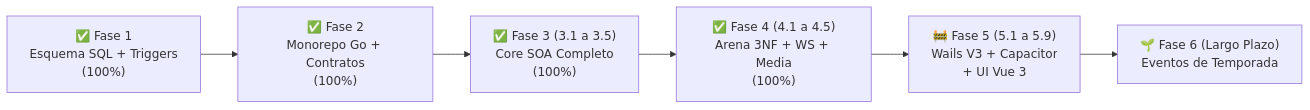
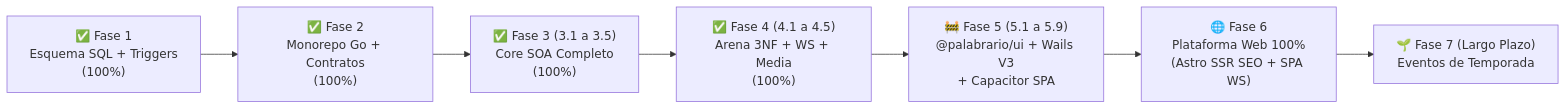
The first of 2 diagrams in .context/PLAN.md (OGShawnLee/palabrario), drawn with Mermaid before and after one commit. The commit also changed other lines of this file and 4 other files, not shown here.

Commit message:
docs(arch): formalize @palabrario/ui monorepo, @bindings alias and Phase 6 web roadmap

````diff
--- a/.context/PLAN.md
+++ b/.context/PLAN.md
@@ -24,8 +25,9 @@
 ```mermaid
 flowchart LR
     F1["✅ Fase 1\nEsquema SQL + Triggers\n(100%)"] --> F2["✅ Fase 2\nMonorepo Go + Contratos\n(100%)"]
     F2 --> F3["✅ Fase 3 (3.1 a 3.5)\nCore SOA Completo\n(100%)"]
     F3 --> F4["✅ Fase 4 (4.1 a 4.5)\nArena 3NF + WS + Media\n(100%)"]
-    F4 --> F5["🚧 Fase 5 (5.1 a 5.9)\nWails V3 + Capacitor\n+ UI Vue 3"]
-    F5 --> F6["🌱 Fase 6 (Largo Plazo)\nEventos de Temporada"]
+    F4 --> F5["🚧 Fase 5 (5.1 a 5.9)\n@palabrario/ui + Wails V3\n+ Capacitor SPA"]
+    F5 --> F6["🌐 Fase 6\nPlataforma Web 100%\n(Astro SSR SEO + SPA WS)"]
+    F6 --> F7["🌱 Fase 7 (Largo Plazo)\nEventos de Temporada"]
 ```
````
